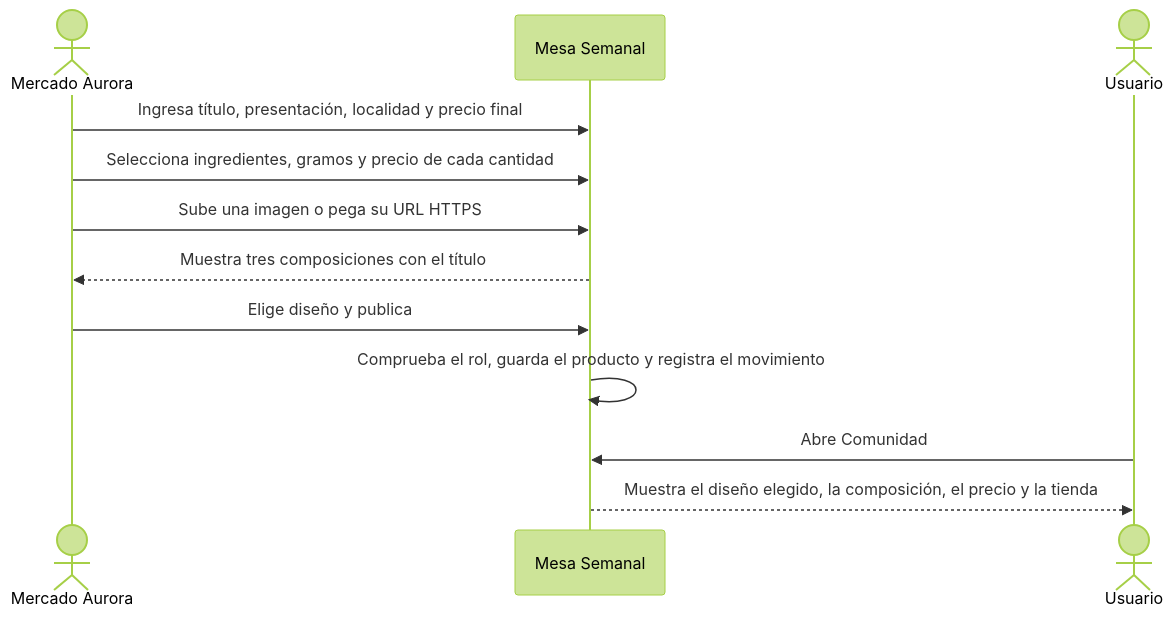
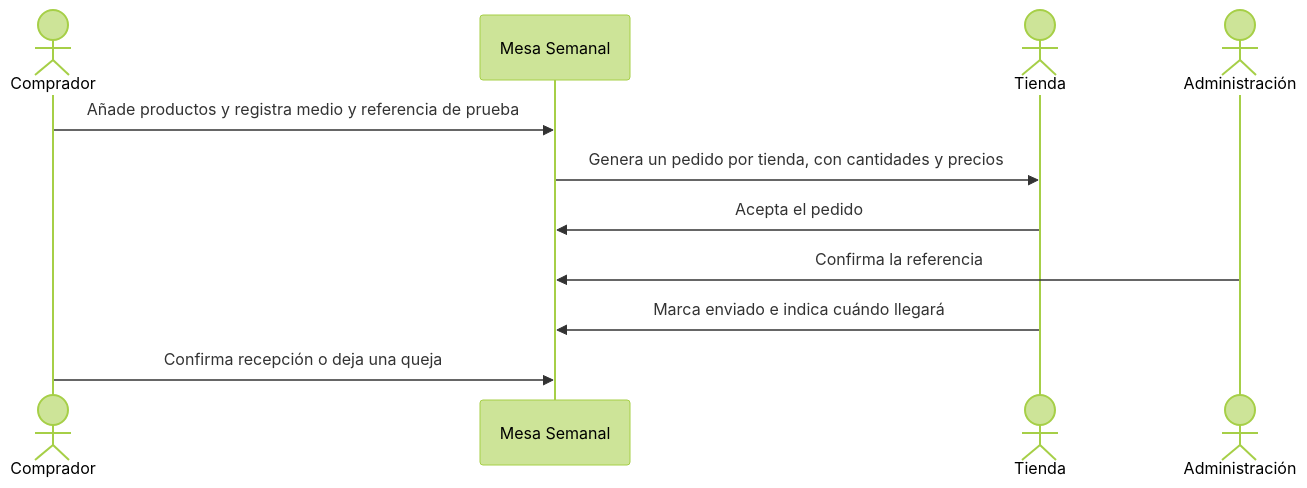
The second of 2 diagrams in CASOS-DE-USO.md (Aarooness/mesa-semanal-jack), drawn with Mermaid (forest theme) before and after one commit. The commit also changed other lines of this file and 11 other files, not shown here.

Commit message:
Integra tiendas locales, canasta por gramos y pedidos con suscripción

````diff
--- a/CASOS-DE-USO.md
+++ b/CASOS-DE-USO.md
@@ -24,14 +33,13 @@
 ```mermaid
 sequenceDiagram
- actor T as Mercado Aurora
- participant S as Mesa Semanal
- actor U as Usuario
- T->>S: Ingresa título, presentación, localidad y precio final
- T->>S: Selecciona ingredientes, gramos y precio de cada cantidad
- T->>S: Sube una imagen o pega su URL HTTPS
- S-->>T: Muestra tres composiciones con el título
- T->>S: Elige diseño y publica
- S->>S: Comprueba el rol, guarda el producto y registra el movimiento
- U->>S: Abre Comunidad
- S-->>U: Muestra el diseño elegido, la composición, el precio y la tienda
+ actor U as Comprador
+ participant M as Mesa Semanal
+ actor T as Tienda
+ actor A as Administración
+ U->>M: Añade productos y registra medio y referencia de prueba
+ M->>T: Genera un pedido por tienda, con cantidades y precios
+ T->>M: Acepta el pedido
+ A->>M: Confirma la referencia
+ T->>M: Marca enviado e indica cuándo llegará
+ U->>M: Confirma recepción o deja una queja
 ```
````
